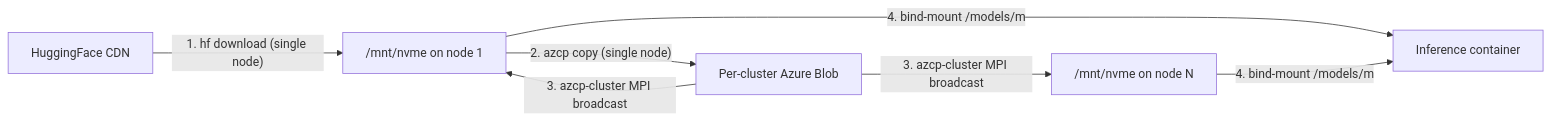
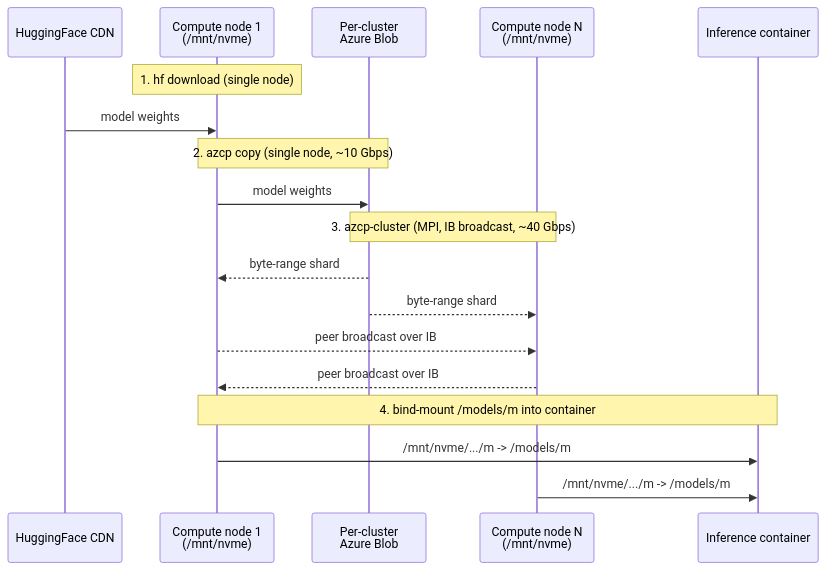
The second of 2 diagrams in README.md (edwardsp/azcluster), drawn with Mermaid before and after one commit.

Commit message:
README: storage pipeline as Mermaid sequence diagram
The pipeline is inherently temporal (4 numbered steps across 5 actors)
so sequenceDiagram fits better than flowchart. Steps and throughput
labels visible as Note overlays; dashed arrows for the broadcast leg
distinguish it from solid arrows for direct transfers.

````diff
--- a/README.md
+++ b/README.md
@@ -291,15 +291,24 @@
 ```mermaid
-flowchart LR
-    hf[HuggingFace CDN]
-    n1nvme["/mnt/nvme on node 1"]
-    nNnvme["/mnt/nvme on node N"]
-    blob[Per-cluster Azure Blob]
-    container[Inference container]
+sequenceDiagram
+    participant HF as HuggingFace CDN
+    participant N1 as Compute node 1<br/>(/mnt/nvme)
+    participant Blob as Per-cluster<br/>Azure Blob
+    participant NN as Compute node N<br/>(/mnt/nvme)
+    participant C as Inference container
 
-    hf -->|"1. hf download (single node)"| n1nvme
-    n1nvme -->|"2. azcp copy (single node)"| blob
-    blob -->|"3. azcp-cluster MPI broadcast"| n1nvme
-    blob -->|"3. azcp-cluster MPI broadcast"| nNnvme
-    n1nvme -->|"4. bind-mount /models/m"| container
-    nNnvme -->|"4. bind-mount /models/m"| container
+    Note over N1: 1. hf download (single node)
+    HF->>N1: model weights
+
+    Note over N1,Blob: 2. azcp copy (single node, ~10 Gbps)
+    N1->>Blob: model weights
+
+    Note over Blob,NN: 3. azcp-cluster (MPI, IB broadcast, ~40 Gbps)
+    Blob-->>N1: byte-range shard
+    Blob-->>NN: byte-range shard
+    N1-->>NN: peer broadcast over IB
+    NN-->>N1: peer broadcast over IB
+
+    Note over N1,C: 4. bind-mount /models/m into container
+    N1->>C: /mnt/nvme/.../m -> /models/m
+    NN->>C: /mnt/nvme/.../m -> /models/m
 ```
````
